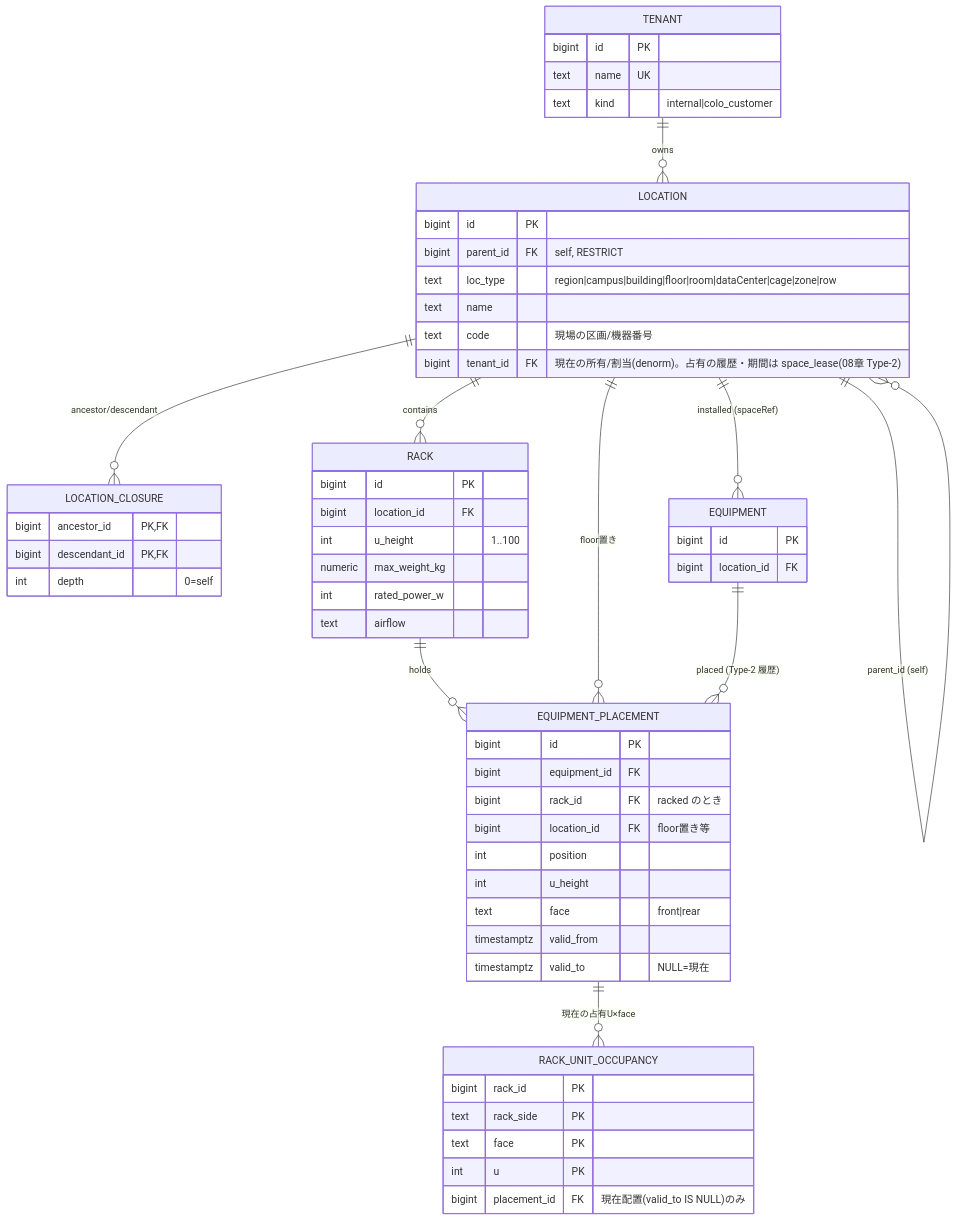
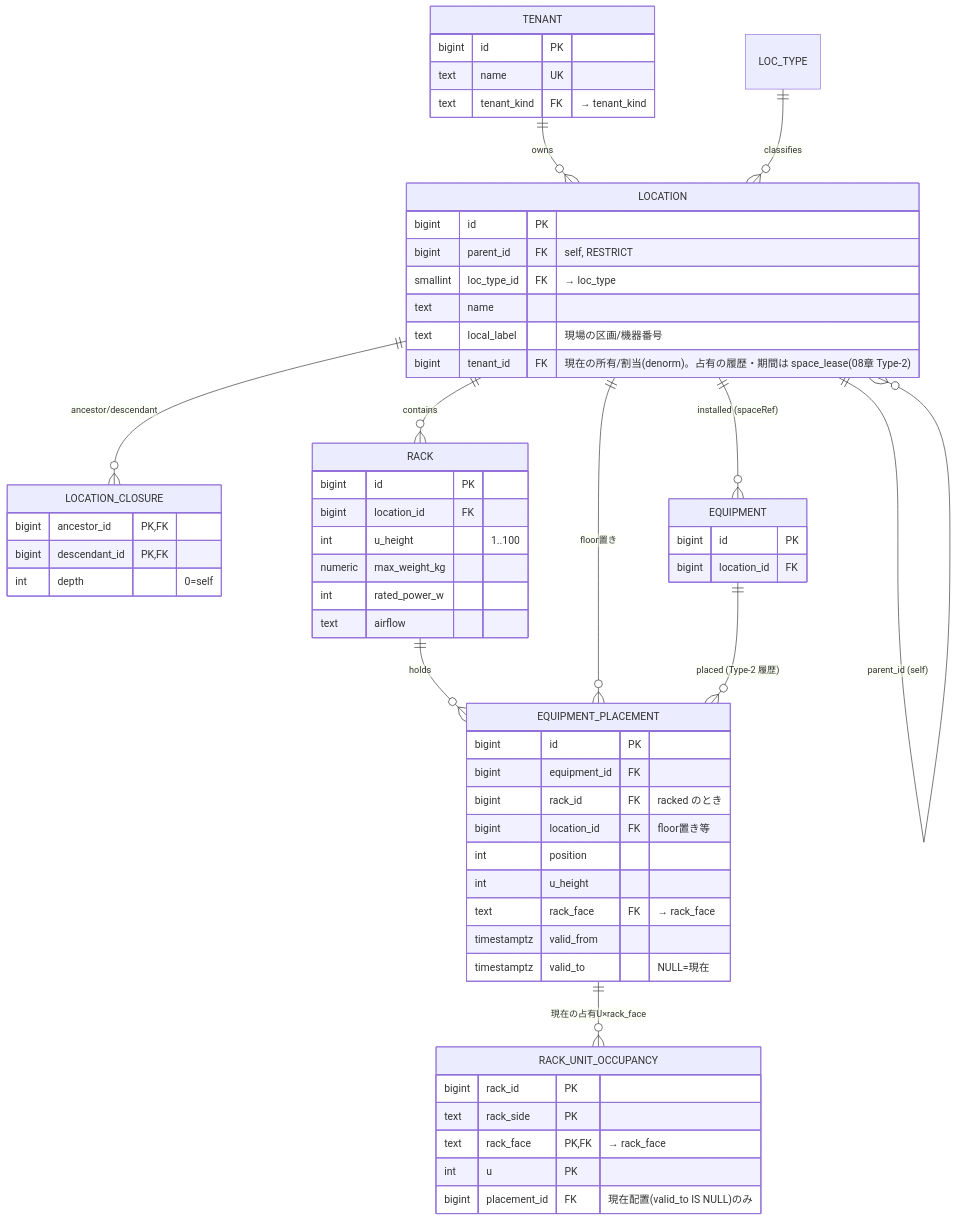
Before and after one commit to hn-11/dcim-schema-design: the second of 11 diagrams in 03-finalists.md, drawn with Mermaid. The commit also changed other lines of this file and 8 other files, not shown here.

First line of the commit message:
refactor(schema): 論理グルーピング追加 + 型制約全面改訂 + 構造リファクタ

````diff
--- a/03-finalists.md
+++ b/03-finalists.md
@@ -107,61 +117,62 @@
 ```mermaid
 erDiagram
     TENANT ||--o{ LOCATION : owns
+    LOC_TYPE ||--o{ LOCATION : classifies
     LOCATION ||--o{ LOCATION : "parent_id (self)"
     LOCATION ||--o{ LOCATION_CLOSURE : "ancestor/descendant"
     LOCATION ||--o{ RACK : contains
     LOCATION ||--o{ EQUIPMENT : "installed (spaceRef)"
     RACK ||--o{ EQUIPMENT_PLACEMENT : holds
     LOCATION ||--o{ EQUIPMENT_PLACEMENT : "floor置き"
     EQUIPMENT ||--o{ EQUIPMENT_PLACEMENT : "placed (Type-2 履歴)"
-    EQUIPMENT_PLACEMENT ||--o{ RACK_UNIT_OCCUPANCY : "現在の占有U×face"
+    EQUIPMENT_PLACEMENT ||--o{ RACK_UNIT_OCCUPANCY : "現在の占有U×rack_face"
 
     TENANT {
         bigint id PK
         text name UK
-        text kind "internal|colo_customer"
+        text tenant_kind FK "→ tenant_kind"
     }
     LOCATION {
         bigint id PK
         bigint parent_id FK "self, RESTRICT"
-        text loc_type "region|campus|building|floor|room|dataCenter|cage|zone|row"
+        smallint loc_type_id FK "→ loc_type"
         text name
-        text code "現場の区画/機器番号"
+        text local_label "現場の区画/機器番号"
         bigint tenant_id FK "現在の所有/割当(denorm)。占有の履歴・期間は space_lease(08章 Type-2)"
     }
     LOCATION_CLOSURE {
         bigint ancestor_id PK,FK
         bigint descendant_id PK,FK
         int depth "0=self"
     }
     RACK {
         bigint id PK
         bigint location_id FK
         int u_height "1..100"
         numeric max_weight_kg
         int rated_power_w
         text airflow
     }
     EQUIPMENT {
         bigint id PK
         bigint location_id FK
     }
     EQUIPMENT_PLACEMENT {
         bigint id PK
         bigint equipment_id FK
         bigint rack_id FK "racked のとき"
         bigint location_id FK "floor置き等"
         int position
         int u_height
-        text face "front|rear"
+        text rack_face FK "→ rack_face"
         timestamptz valid_from
         timestamptz valid_to "NULL=現在"
     }
     RACK_UNIT_OCCUPANCY {
         bigint rack_id PK
         text rack_side PK
-        text face PK
+        text rack_face PK,FK "→ rack_face"
         int u PK
         bigint placement_id FK "現在配置(valid_to IS NULL)のみ"
     }
 ```
````
